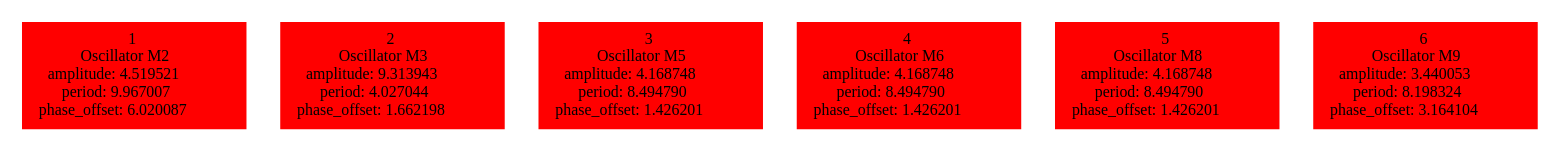
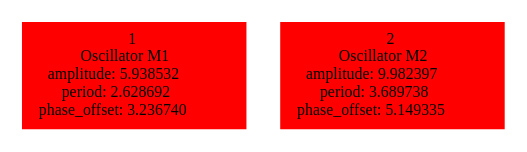
Before and after one commit to karinemiras/l-system: the diagram in experiments/locomotion1/offspringpop2/tempbrain.dot, drawn with Graphviz. The commit also changed 79 other files, not shown here.

```diff
--- a/experiments/locomotion1/offspringpop2/tempbrain.dot
+++ b/experiments/locomotion1/offspringpop2/tempbrain.dot
@@ -1,8 +1,4 @@
  digraph g{ forcelabels=true;
-1 [label=<1<BR />Oscillator M2<BR /> amplitude: 4.519521<BR /> period: 9.967007<BR /> phase_offset: 6.020087>, shape=box,color=red,style=filled,fontsize=8];
-2 [label=<2<BR />Oscillator M3<BR /> amplitude: 9.313943<BR /> period: 4.027044<BR /> phase_offset: 1.662198>, shape=box,color=red,style=filled,fontsize=8];
-3 [label=<3<BR />Oscillator M5<BR /> amplitude: 4.168748<BR /> period: 8.494790<BR /> phase_offset: 1.426201>, shape=box,color=red,style=filled,fontsize=8];
-4 [label=<4<BR />Oscillator M6<BR /> amplitude: 4.168748<BR /> period: 8.494790<BR /> phase_offset: 1.426201>, shape=box,color=red,style=filled,fontsize=8];
-5 [label=<5<BR />Oscillator M8<BR /> amplitude: 4.168748<BR /> period: 8.494790<BR /> phase_offset: 1.426201>, shape=box,color=red,style=filled,fontsize=8];
-6 [label=<6<BR />Oscillator M9<BR /> amplitude: 3.440053<BR /> period: 8.198324<BR /> phase_offset: 3.164104>, shape=box,color=red,style=filled,fontsize=8];
+1 [label=<1<BR />Oscillator M1<BR /> amplitude: 5.938532<BR /> period: 2.628692<BR /> phase_offset: 3.236740>, shape=box,color=red,style=filled,fontsize=8];
+2 [label=<2<BR />Oscillator M2<BR /> amplitude: 9.982397<BR /> period: 3.689738<BR /> phase_offset: 5.149335>, shape=box,color=red,style=filled,fontsize=8];
  }
```
